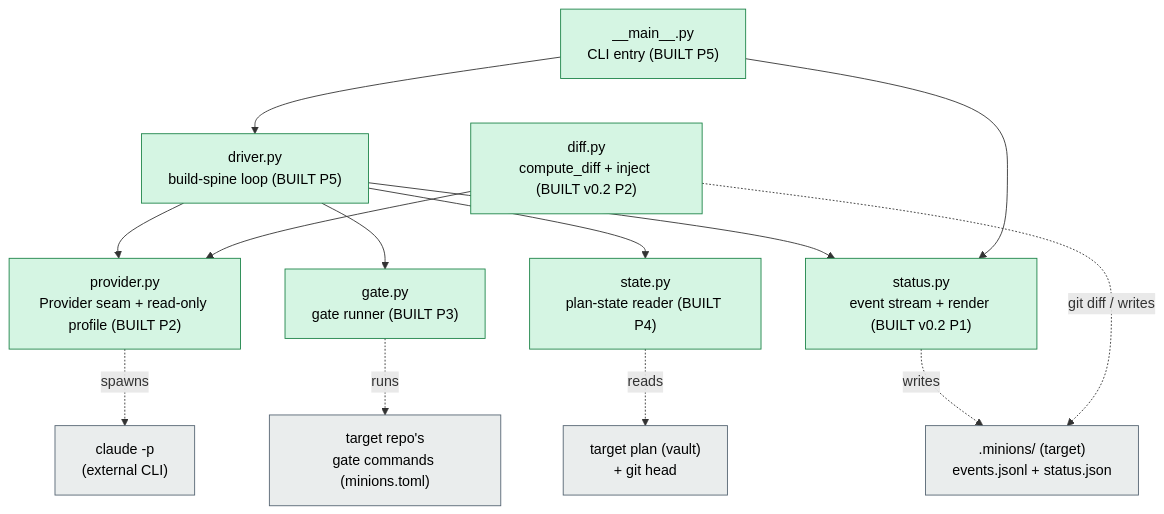
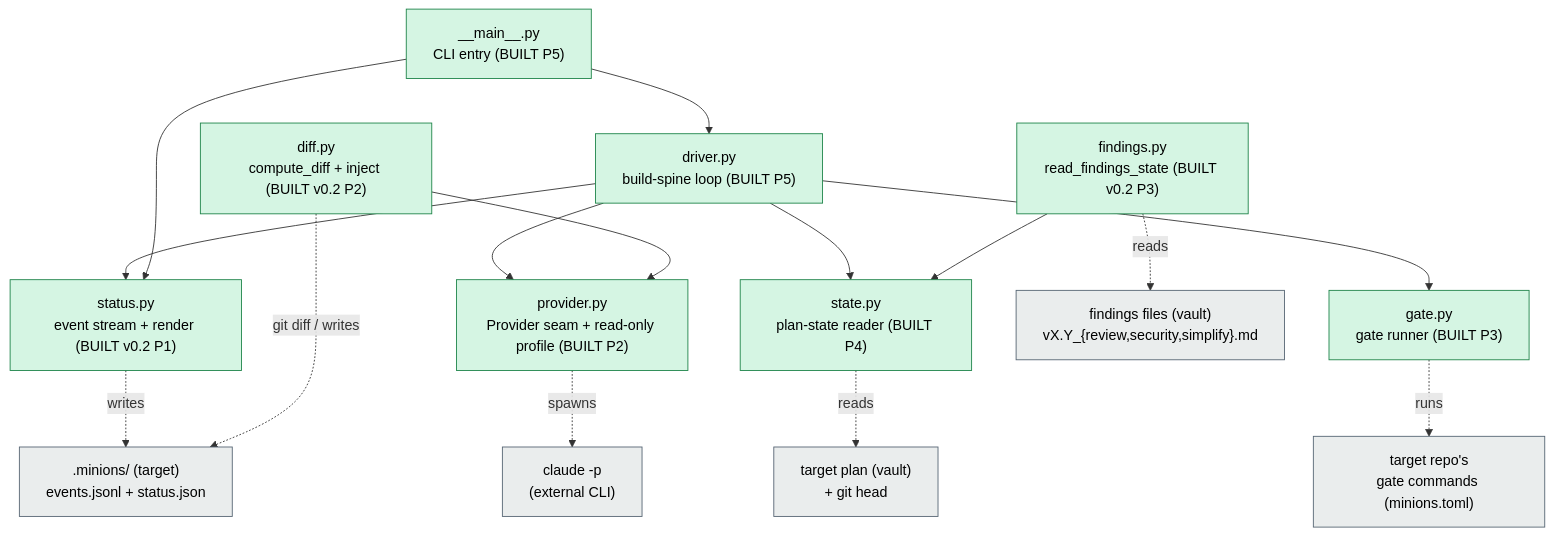
The diagram in docs/architecture.md (alxb1t/minionsfactory), drawn with Mermaid before and after one commit. The commit also changed other lines of this file and 5 other files, not shown here.

````diff
--- a/docs/architecture.md
+++ b/docs/architecture.md
@@ -56,28 +57,31 @@
 ```mermaid
 graph TD
     main["__main__.py<br/>CLI entry (BUILT P5)"]:::built
     driver["driver.py<br/>build-spine loop (BUILT P5)"]:::built
     state["state.py<br/>plan-state reader (BUILT P4)"]:::built
     gate["gate.py<br/>gate runner (BUILT P3)"]:::built
     provider["provider.py<br/>Provider seam + read-only profile (BUILT P2)"]:::built
     status["status.py<br/>event stream + render (BUILT v0.2 P1)"]:::built
     diff["diff.py<br/>compute_diff + inject (BUILT v0.2 P2)"]:::built
+    findings["findings.py<br/>read_findings_state (BUILT v0.2 P3)"]:::built
 
     main --> driver
     driver --> provider
     driver --> gate
     driver --> state
     driver --> status
     main --> status
     diff --> provider
+    findings --> state
 
     provider -. spawns .-> claude["claude -p<br/>(external CLI)"]:::external
     gate -. runs .-> targetgate["target repo's<br/>gate commands (minions.toml)"]:::external
     state -. reads .-> disk["target plan (vault)<br/>+ git head"]:::external
     status -. writes .-> minions[".minions/ (target)<br/>events.jsonl + status.json"]:::external
     diff -. git diff / writes .-> minions
+    findings -. reads .-> ff["findings files (vault)<br/>vX.Y_{review,security,simplify}.md"]:::external
 
     classDef built fill:#d5f5e3,stroke:#1e8449,color:#000;
     classDef planned fill:#fdebd0,stroke:#b9770e,color:#000,stroke-dasharray: 4 3;
     classDef external fill:#eaeded,stroke:#566573,color:#000;
 ```
````
